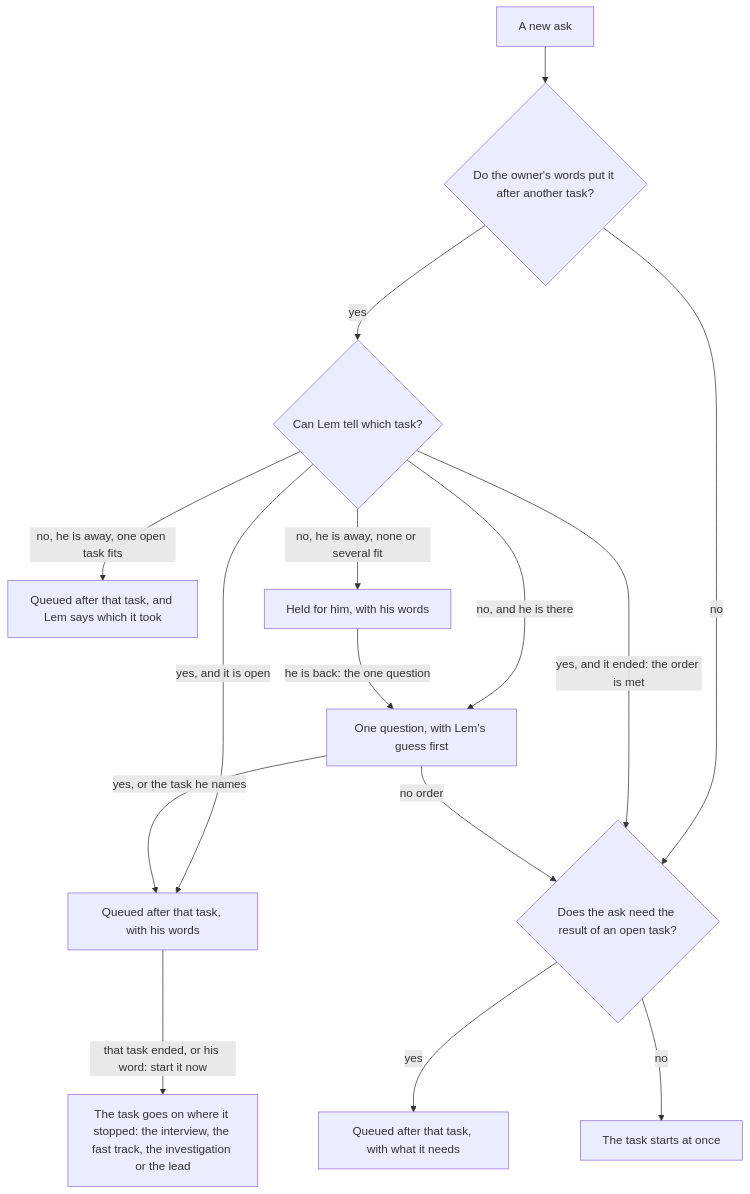
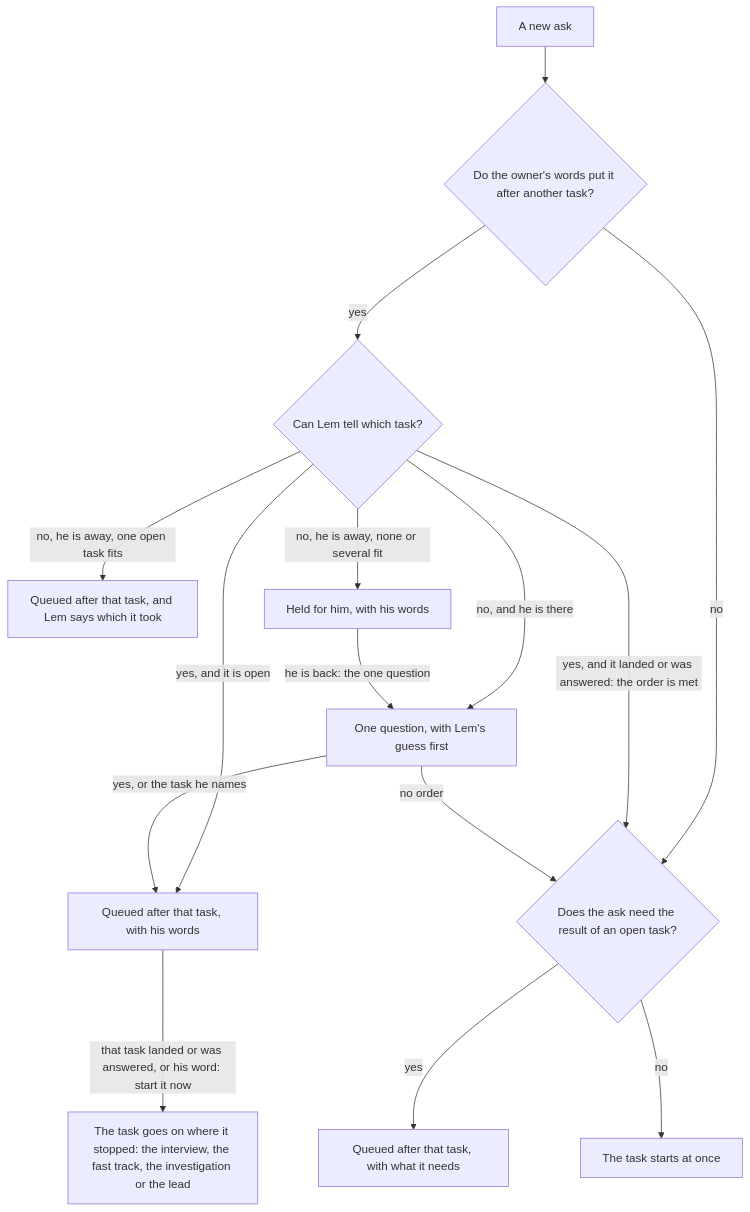
One commit to pySilver/lem changed the diagram in docs/plans/2026-11-21-owner-task-order-stays.md. Above: the diagram before and after it, drawn with Mermaid. The commit also changed other lines of this file, not shown here.

````diff
--- a/docs/plans/2026-11-21-owner-task-order-stays.md
+++ b/docs/plans/2026-11-21-owner-task-order-stays.md
@@ -31,17 +38,17 @@
 ```mermaid
 flowchart TD
   A["A new ask"] --> B{"Do the owner's words put it after another task?"}
   B -->|"yes"| T{"Can Lem tell which task?"}
   B -->|"no"| C{"Does the ask need the result of an open task?"}
   C -->|"yes"| N["Queued after that task, with what it needs"]
   C -->|"no"| S["The task starts at once"]
-  T -->|"yes, and it ended: the order is met"| C
+  T -->|"yes, and it landed or was answered: the order is met"| C
   T -->|"yes, and it is open"| Q["Queued after that task, with his words"]
   T -->|"no, and he is there"| K["One question, with Lem's guess first"]
   T -->|"no, he is away, one open task fits"| G["Queued after that task, and Lem says which it took"]
   T -->|"no, he is away, none or several fit"| H["Held for him, with his words"]
   K -->|"yes, or the task he names"| Q
   K -->|"no order"| C
   H -->|"he is back: the one question"| K
-  Q -->|"that task ended, or his word: start it now"| R["The task goes on where it stopped: the interview, the fast track, the investigation or the lead"]
+  Q -->|"that task landed or was answered, or his word: start it now"| R["The task goes on where it stopped: the interview, the fast track, the investigation or the lead"]
 ```
````
